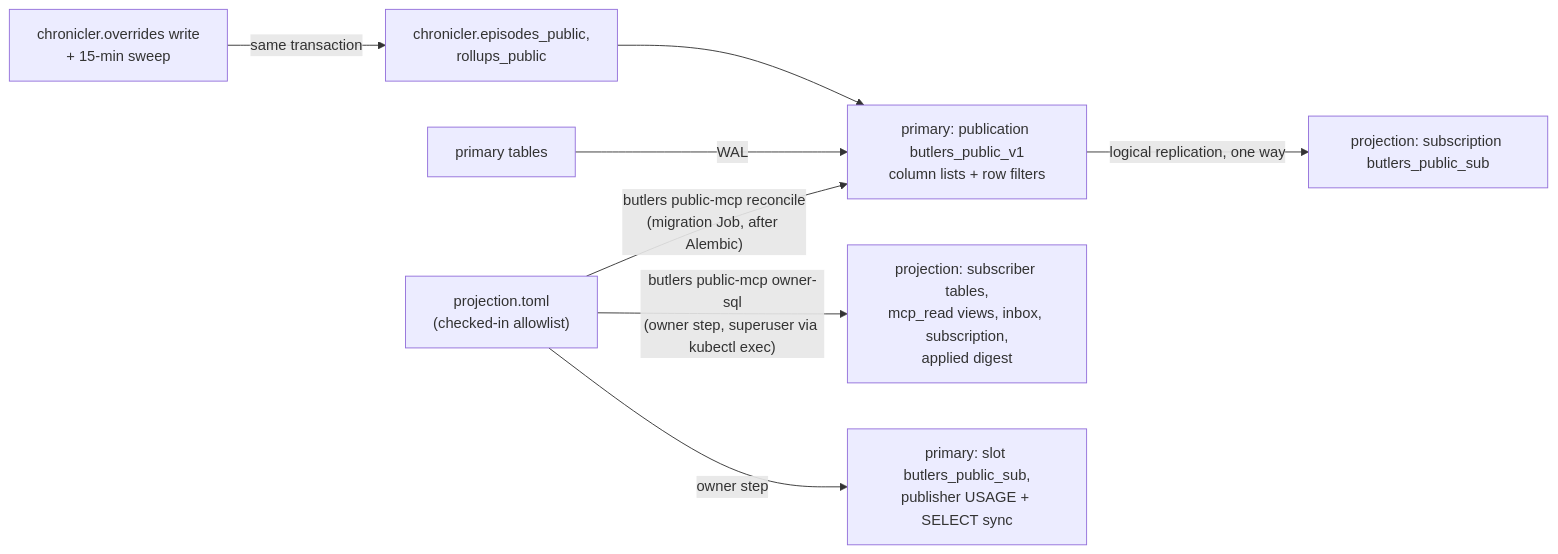
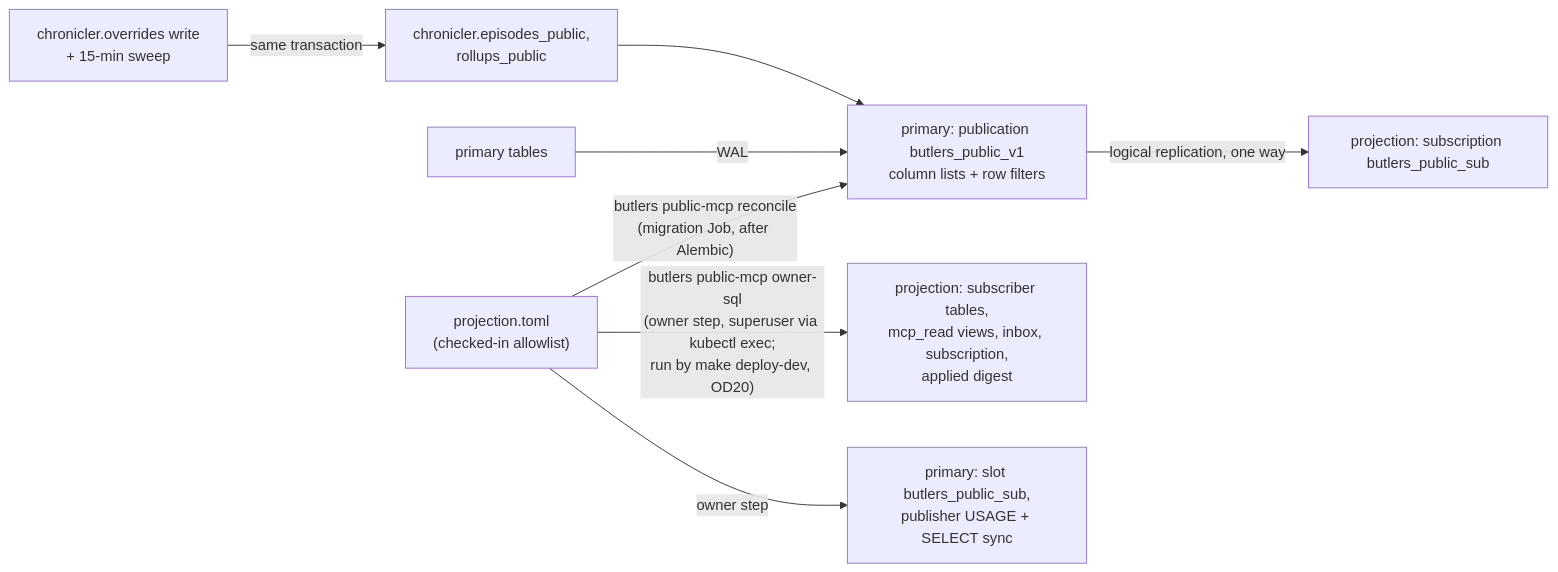
Before and after one commit to tzeusy-org/butlers: the eighth of 9 diagrams in about/lay-and-land/data-flow.md, drawn with Mermaid. The commit also changed other lines of this file and 17 other files, not shown here.

````diff
--- a/about/lay-and-land/data-flow.md
+++ b/about/lay-and-land/data-flow.md
@@ -363,10 +365,10 @@
 ```mermaid
 graph LR
     M["projection.toml<br/>(checked-in allowlist)"] -->|"butlers public-mcp reconcile<br/>(migration Job, after Alembic)"| PUB["primary: publication butlers_public_v1<br/>column lists + row filters"]
-    M -->|"butlers public-mcp owner-sql<br/>(owner step, superuser via kubectl exec)"| SUBDDL["projection: subscriber tables,<br/>mcp_read views, inbox, subscription,<br/>applied digest"]
+    M -->|"butlers public-mcp owner-sql<br/>(owner step, superuser via kubectl exec;<br/>run by make deploy-dev, OD20)"| SUBDDL["projection: subscriber tables,<br/>mcp_read views, inbox, subscription,<br/>applied digest"]
     M -->|"owner step"| SLOT["primary: slot butlers_public_sub,<br/>publisher USAGE + SELECT sync"]
     SRC["primary tables"] -->|"WAL"| PUB
     PUB -->|"logical replication, one way"| SUB["projection: subscription butlers_public_sub"]
     CHR["chronicler.overrides write<br/>+ 15-min sweep"] -->|"same transaction"| CP["chronicler.episodes_public,<br/>rollups_public"]
     CP --> PUB
 ```
````
